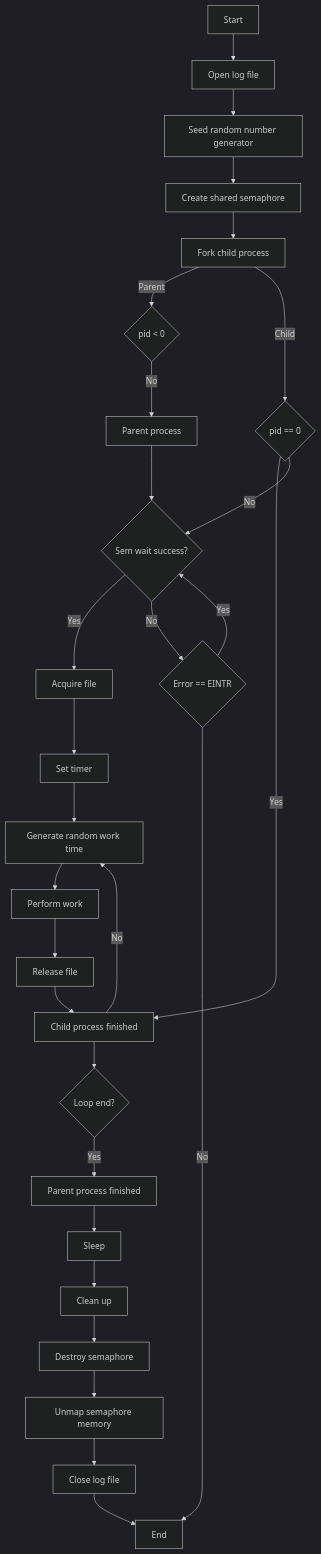
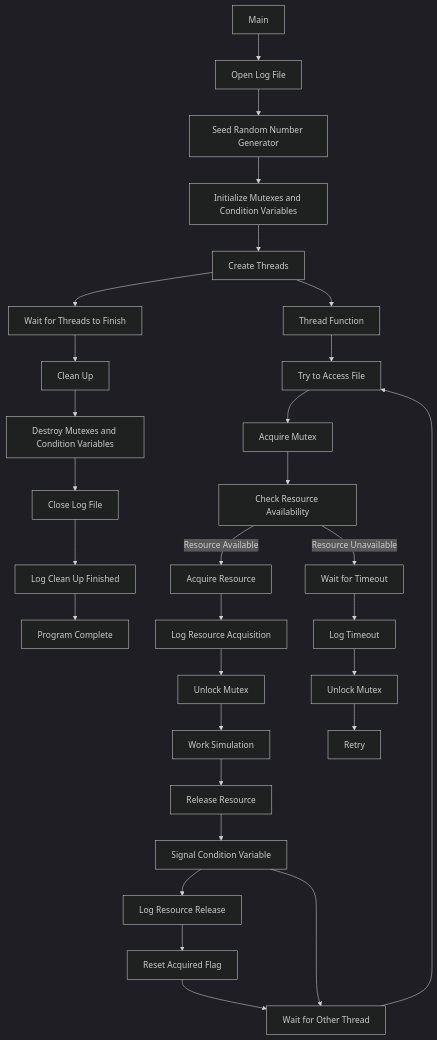
The diagram in Topic 3/Deadlock Avoidance/flowchart.md (JakinRogel/Operating-Systems-Fundamentals), drawn with Mermaid (dark theme) before and after one commit. The commit also changed 3 other files, not shown here.

````diff
--- a/Topic 3/Deadlock Avoidance/flowchart.md
+++ b/Topic 3/Deadlock Avoidance/flowchart.md
@@ -1,33 +1,32 @@
 ```mermaid
-graph TD;
-    A[Start] --> B[Open log file];
-    B --> C[Seed random number generator];
-    C --> D[Create shared semaphore];
-    D --> E[Fork child process];
-    E -->|Parent| F{pid < 0};
-    E -->|Child| G{pid == 0};
-    F -- No --> H[Parent process];
-    H --> I{Sem wait success?};
-    I -- Yes --> J[Acquire file];
-    J --> K[Set timer];
-    K --> L[Generate random work time];
-    L --> M[Perform work];
-    M --> N[Release file];
-    N --> O[Cancel timer];
-    O --> P{Loop end?};
-    P -- Yes --> Q[Parent process finished];
-    Q --> R[Sleep];
-    R --> T[Clean up];
-    T --> U[Destroy semaphore];
-    U --> V[Unmap semaphore memory];
-    V --> W[Close log file];
-    W --> X[End];
-    I -- No --> S{Error == EINTR};
-    S -- Yes --> I;
-    S -- No --> X;
-    G -- Yes --> O[Child process finished];
-    G -- No --> I;
-    O -- No --> L;
-
-
+graph TD
+    A[Main] --> B[Open Log File]
+    B --> C[Seed Random Number Generator]
+    C --> D[Initialize Mutexes and Condition Variables]
+    D --> E[Create Threads]
+    E --> F[Wait for Threads to Finish]
+    F --> G[Clean Up]
+    G --> H[Destroy Mutexes and Condition Variables]
+    H --> I[Close Log File]
+    I --> J[Log Clean Up Finished]
+    J --> K[Program Complete]
+    E --> L[Thread Function]
+    L --> M[Try to Access File]
+    M --> N[Acquire Mutex]
+    N --> O[Check Resource Availability]
+    O --> |Resource Available| P[Acquire Resource]
+    P --> Q[Log Resource Acquisition]
+    Q --> R[Unlock Mutex]
+    R --> S[Work Simulation]
+    S --> T[Release Resource]
+    T --> U[Signal Condition Variable]
+    U --> V[Log Resource Release]
+    V --> W[Reset Acquired Flag]
+    W --> X[Wait for Other Thread]
+    O --> |Resource Unavailable| Y[Wait for Timeout]
+    Y --> Z[Log Timeout]
+    Z --> AA[Unlock Mutex]
+    AA --> AB[Retry]
+    U --> X[Wait for Other Thread]
+    X --> M
 ```
````
